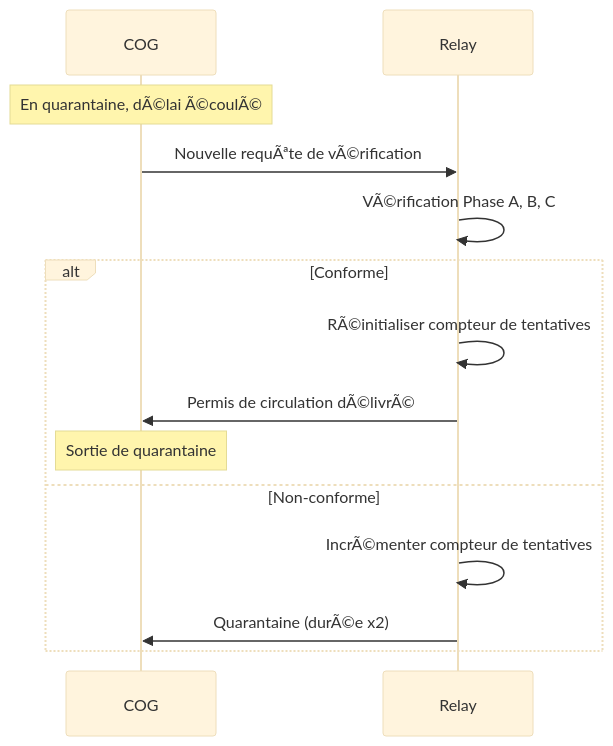
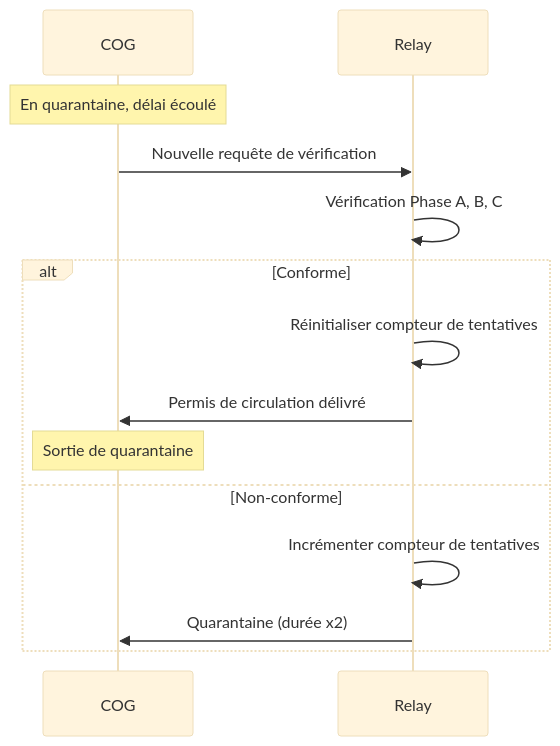
Before and after one commit to StudioMiyukini/miyukini_cog: the third of 5 diagrams in docs/miyukini-webway-system/securite/MWS - Quarantaine et Blacklist.md, drawn with Mermaid (base theme). The commit also changed other lines of this file and 564 other files, not shown here.

````diff
--- a/docs/miyukini-webway-system/securite/MWS - Quarantaine et Blacklist.md
+++ b/docs/miyukini-webway-system/securite/MWS - Quarantaine et Blacklist.md
@@ -169,17 +169,17 @@
 ```mermaid
 sequenceDiagram
     participant COG as COG
     participant R as Relay
 
-    Note over COG: En quarantaine, dÃ©lai Ã©coulÃ©
-    COG->>R: Nouvelle requÃªte de vÃ©rification
-    R->>R: VÃ©rification Phase A, B, C
+    Note over COG: En quarantaine, délai écoulé
+    COG->>R: Nouvelle requête de vérification
+    R->>R: Vérification Phase A, B, C
     alt Conforme
-        R->>R: RÃ©initialiser compteur de tentatives
-        R->>COG: Permis de circulation dÃ©livrÃ©
+        R->>R: Réinitialiser compteur de tentatives
+        R->>COG: Permis de circulation délivré
         Note over COG: Sortie de quarantaine
     else Non-conforme
-        R->>R: IncrÃ©menter compteur de tentatives
-        R->>COG: Quarantaine (durÃ©e x2)
+        R->>R: Incrémenter compteur de tentatives
+        R->>COG: Quarantaine (durée x2)
     end
 ```
````
